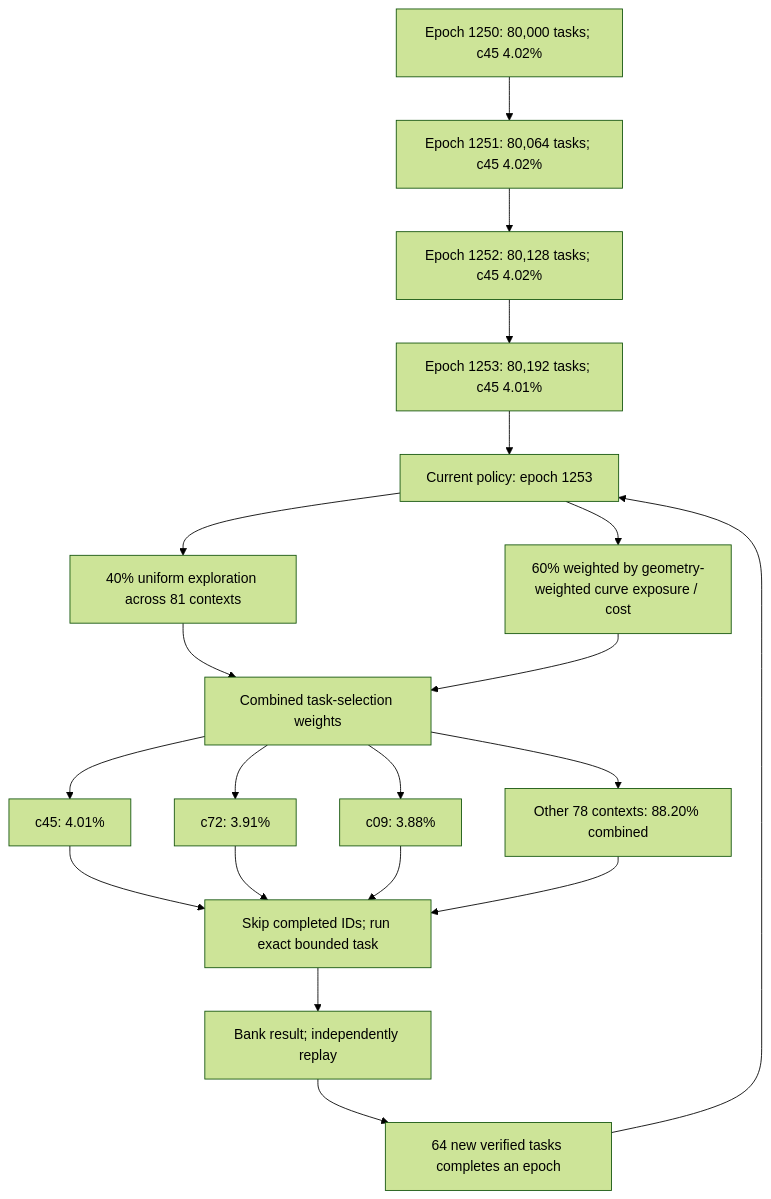
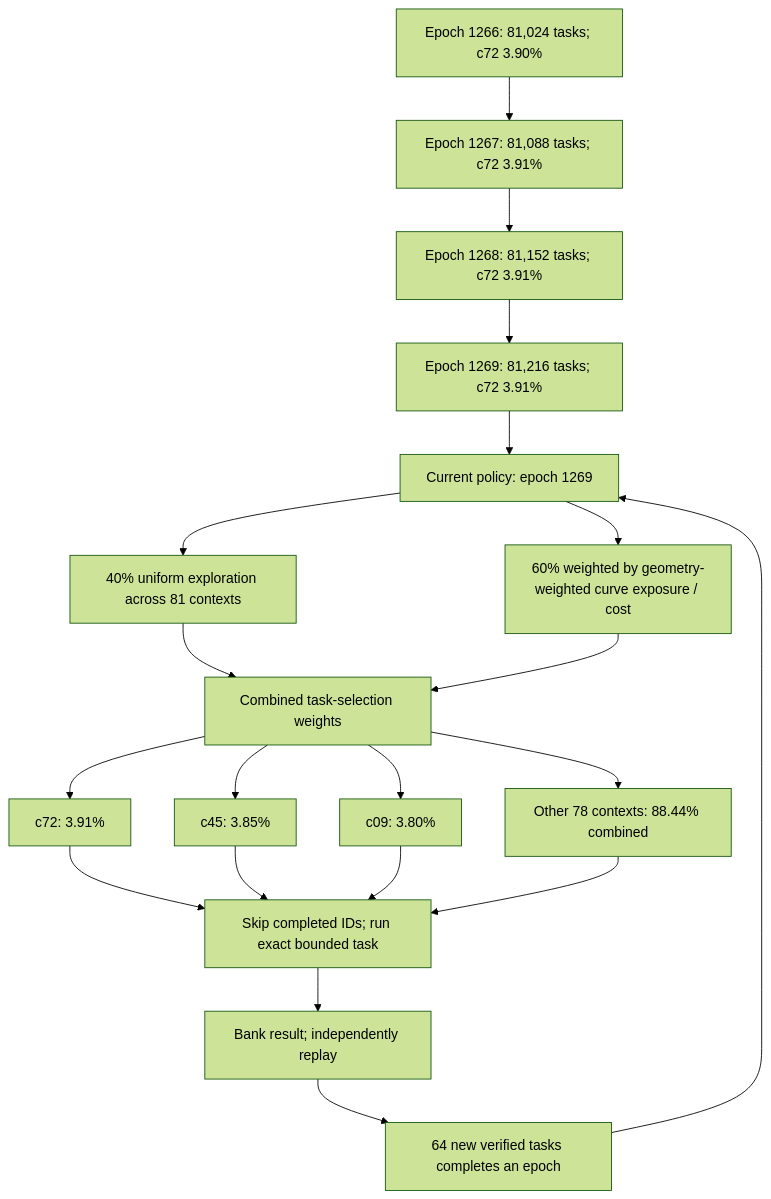
One commit to Kuberwastaken/math-gambling changed the first of 3 diagrams in README.md. Above: the diagram before and after it, drawn with Mermaid (forest theme). The commit also changed other lines of this file and 2125 other files, not shown here.

````diff
--- a/README.md
+++ b/README.md
@@ -55,27 +55,27 @@
 ```mermaid
 flowchart TD
-    H0["Epoch 1250: 80,000 tasks; c45 4.02%"]
-    H1["Epoch 1251: 80,064 tasks; c45 4.02%"]
+    H0["Epoch 1266: 81,024 tasks; c72 3.90%"]
+    H1["Epoch 1267: 81,088 tasks; c72 3.91%"]
     H0 --> H1
-    H2["Epoch 1252: 80,128 tasks; c45 4.02%"]
+    H2["Epoch 1268: 81,152 tasks; c72 3.91%"]
     H1 --> H2
-    H3["Epoch 1253: 80,192 tasks; c45 4.01%"]
+    H3["Epoch 1269: 81,216 tasks; c72 3.91%"]
     H2 --> H3
-    Policy["Current policy: epoch 1253"]
+    Policy["Current policy: epoch 1269"]
     H3 --> Policy
     Policy --> Explore["40% uniform exploration across 81 contexts"]
     Policy --> Cost["60% weighted by geometry-weighted curve exposure / cost"]
     Explore --> Mix["Combined task-selection weights"]
     Cost --> Mix
-    Mix --> C0["c45: 4.01%"]
-    Mix --> C1["c72: 3.91%"]
-    Mix --> C2["c09: 3.88%"]
-    Mix --> Rest["Other 78 contexts: 88.20% combined"]
+    Mix --> C0["c72: 3.91%"]
+    Mix --> C1["c45: 3.85%"]
+    Mix --> C2["c09: 3.80%"]
+    Mix --> Rest["Other 78 contexts: 88.44% combined"]
     C0 --> Check["Skip completed IDs; run exact bounded task"]
     C1 --> Check
     C2 --> Check
     Rest --> Check
     Check --> Replay["Bank result; independently replay"]
     Replay --> Gate["64 new verified tasks completes an epoch"]
     Gate --> Policy
 ```
````
